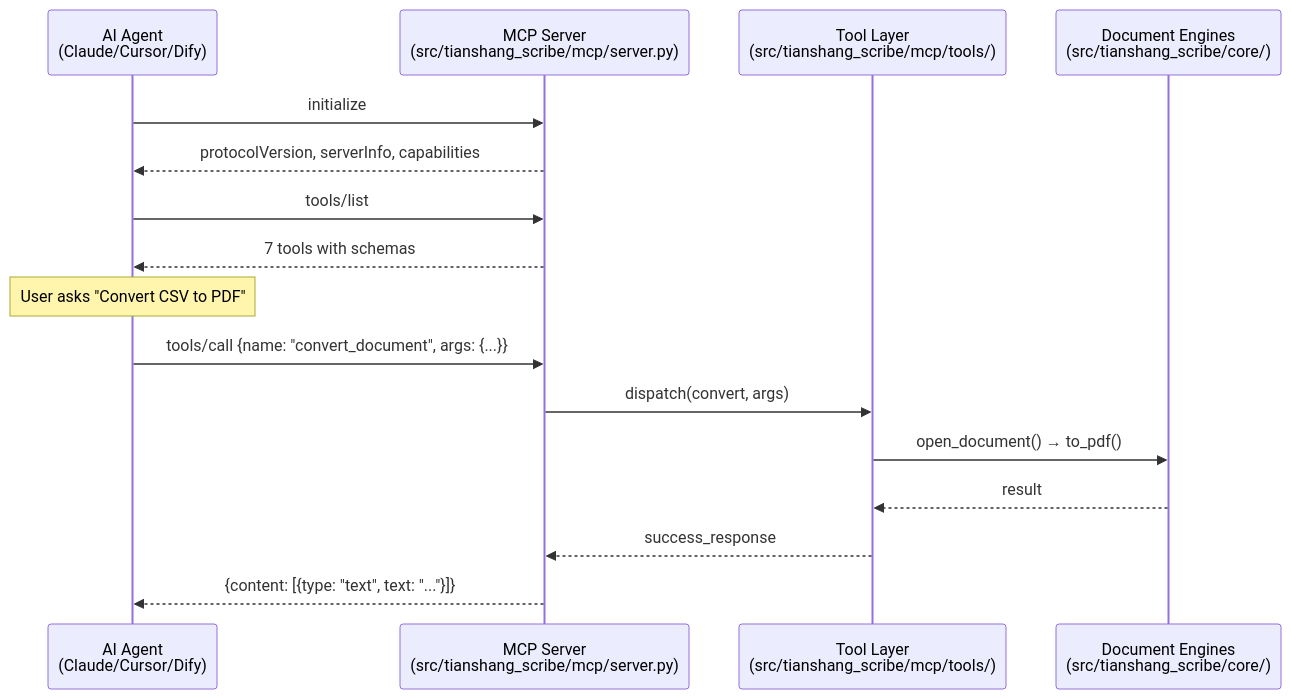
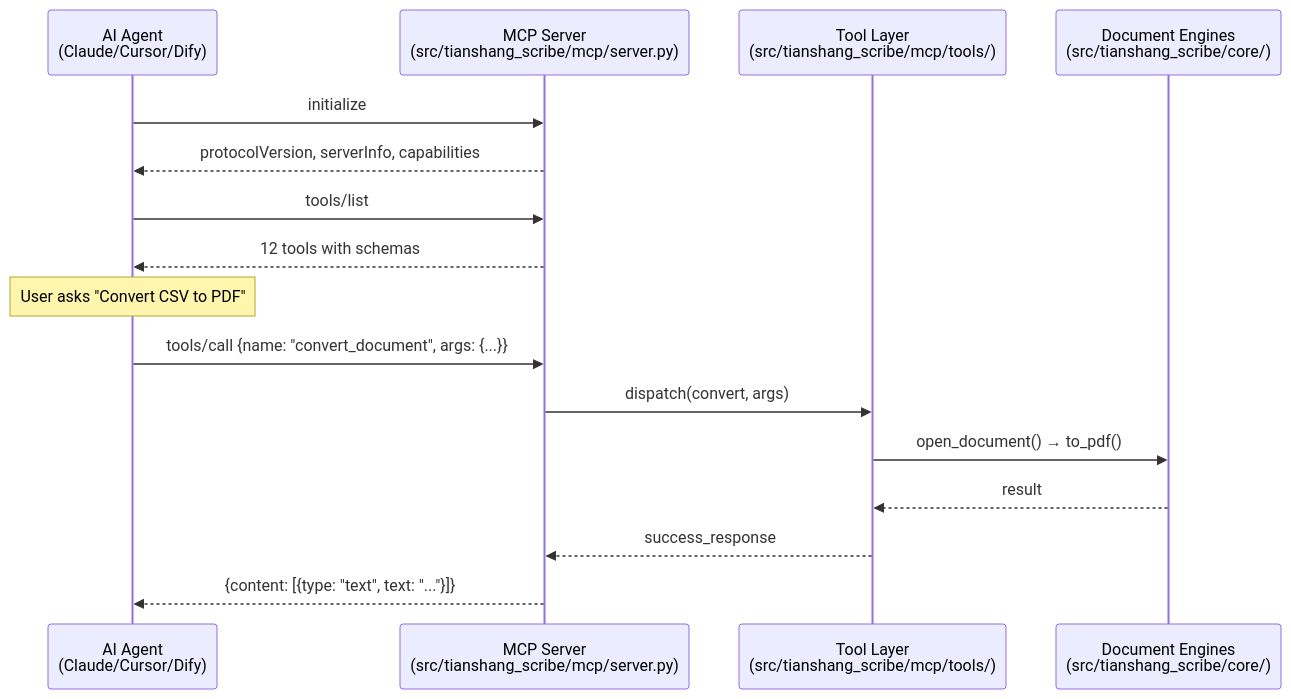
Before and after one commit to Tianshang301/TianshangScribe: the first of 2 diagrams in docs/mcp/README.md, drawn with Mermaid. The commit also changed other lines of this file and 7 other files, not shown here.

````diff
--- a/docs/mcp/README.md
+++ b/docs/mcp/README.md
@@ -453,22 +523,22 @@
 ```mermaid
 sequenceDiagram
     participant Agent as AI Agent<br/>(Claude/Cursor/Dify)
     participant MCP as MCP Server<br/>(src/tianshang_scribe/mcp/server.py)
     participant Tools as Tool Layer<br/>(src/tianshang_scribe/mcp/tools/)
     participant Engine as Document Engines<br/>(src/tianshang_scribe/core/)
 
     Agent->>MCP: initialize
     MCP-->>Agent: protocolVersion, serverInfo, capabilities
 
     Agent->>MCP: tools/list
-    MCP-->>Agent: 7 tools with schemas
+    MCP-->>Agent: 12 tools with schemas
 
     Note over Agent: User asks "Convert CSV to PDF"
 
     Agent->>MCP: tools/call {name: "convert_document", args: {...}}
     MCP->>Tools: dispatch(convert, args)
     Tools->>Engine: open_document() → to_pdf()
     Engine-->>Tools: result
     Tools-->>MCP: success_response
     MCP-->>Agent: {content: [{type: "text", text: "..."}]}
 ```
````
